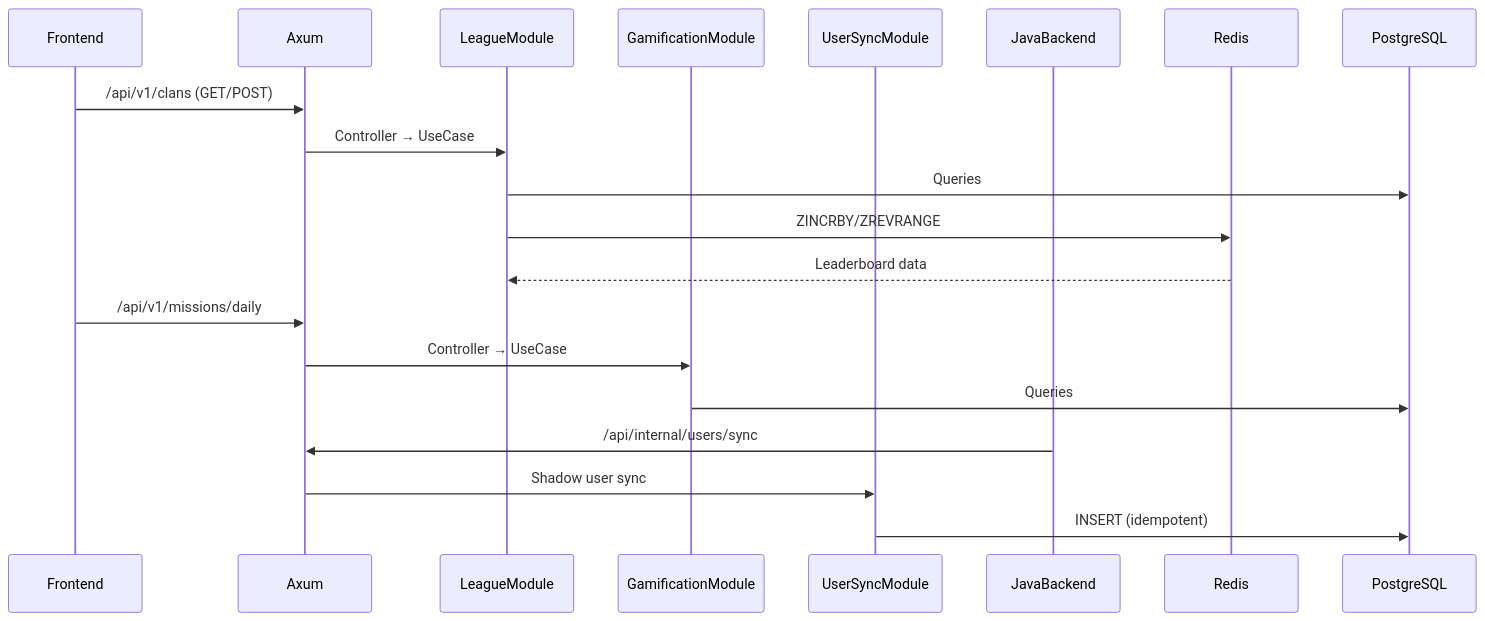
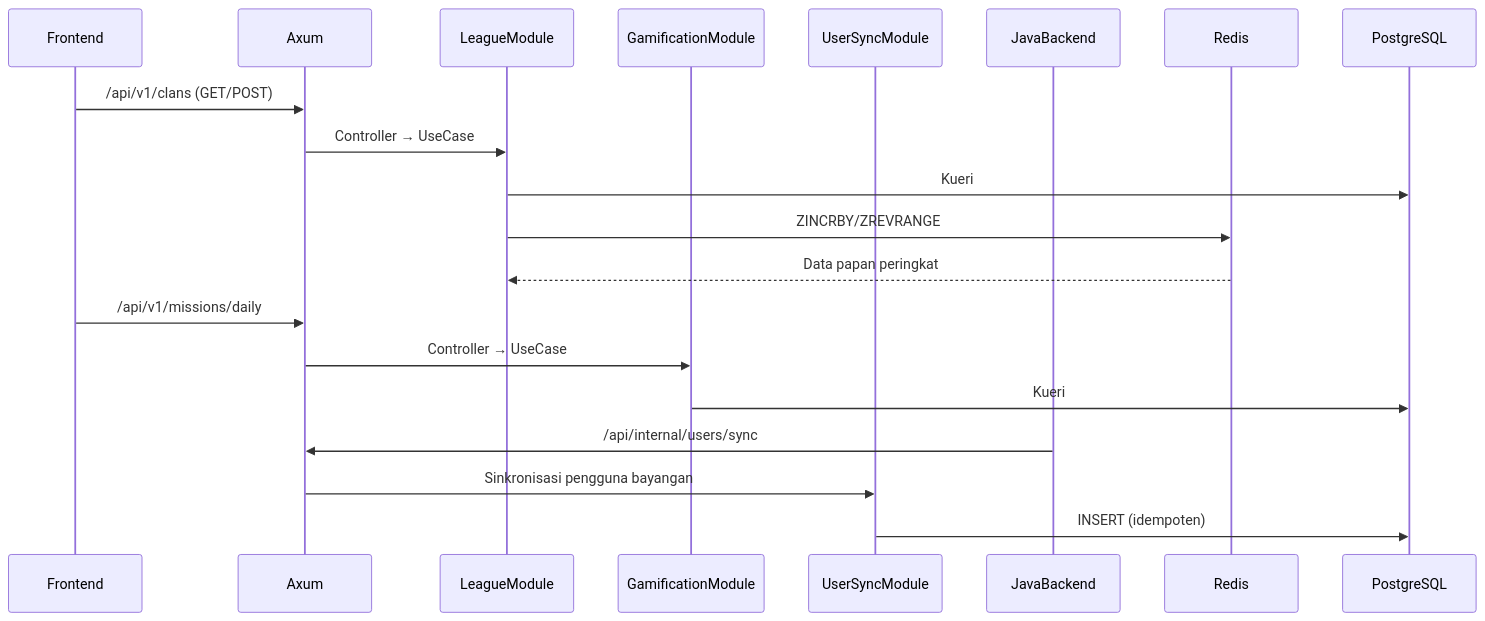
One commit to advprog-2026-A14-project/yomu-docs changed the first of 4 diagrams in content/docs/backend-rust/index.mdx. Above: the diagram before and after it, drawn with Mermaid. The commit also changed other lines of this file and 30 other files, not shown here.

````diff
--- a/content/docs/backend-rust/index.mdx
+++ b/content/docs/backend-rust/index.mdx
@@ -59,25 +59,25 @@
 ```mermaid
 sequenceDiagram
     participant Frontend
     participant Axum
     participant LeagueModule
     participant GamificationModule
     participant UserSyncModule
     participant JavaBackend
     participant Redis
     participant PostgreSQL
 
     Frontend->>Axum: /api/v1/clans (GET/POST)
     Axum->>LeagueModule: Controller → UseCase
-    LeagueModule->>PostgreSQL: Queries
+    LeagueModule->>PostgreSQL: Kueri
     LeagueModule->>Redis: ZINCRBY/ZREVRANGE
-    Redis-->>LeagueModule: Leaderboard data
+    Redis-->>LeagueModule: Data papan peringkat
 
     Frontend->>Axum: /api/v1/missions/daily
     Axum->>GamificationModule: Controller → UseCase
-    GamificationModule->>PostgreSQL: Queries
+    GamificationModule->>PostgreSQL: Kueri
 
     JavaBackend->>Axum: /api/internal/users/sync
-    Axum->>UserSyncModule: Shadow user sync
-    UserSyncModule->>PostgreSQL: INSERT (idempotent)
+    Axum->>UserSyncModule: Sinkronisasi pengguna bayangan
+    UserSyncModule->>PostgreSQL: INSERT (idempoten)
 ```
````
